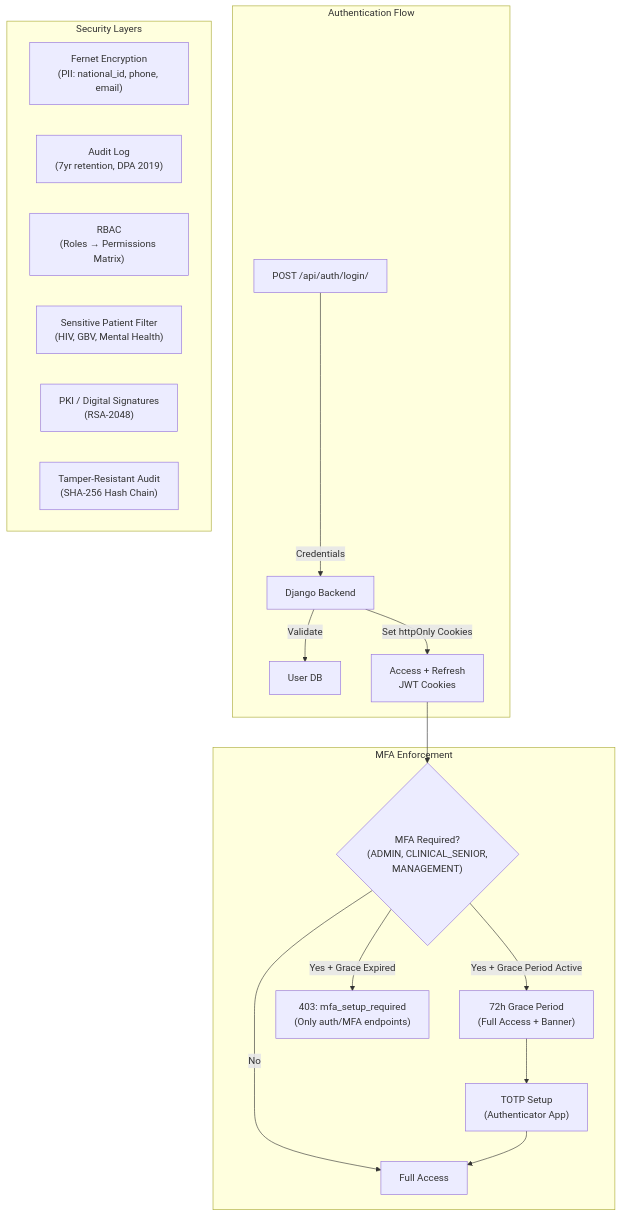
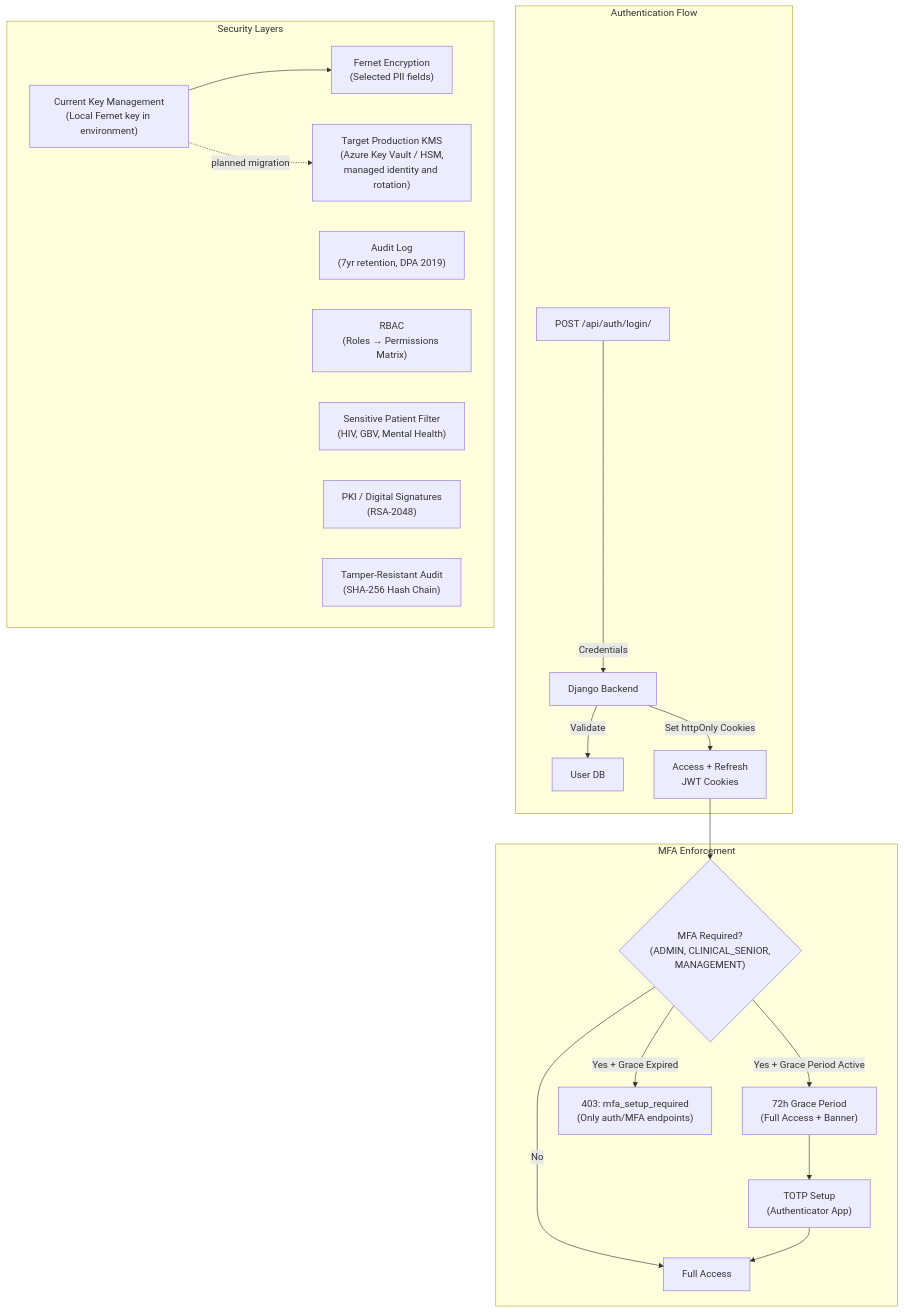
One commit to nexora-africa-ltd/vitora changed the sixth of 15 diagrams in docs/architecture-diagrams.md. Above: the diagram before and after it, drawn with Mermaid. The commit also changed other lines of this file and 6 other files, not shown here.

````diff
--- a/docs/architecture-diagrams.md
+++ b/docs/architecture-diagrams.md
@@ -269,29 +270,33 @@
 ```mermaid
 graph TB
     subgraph Auth["Authentication Flow"]
         LOGIN["POST /api/auth/login/"]
         LOGIN -->|"Credentials"| BACKEND["Django Backend"]
         BACKEND -->|"Validate"| DB["User DB"]
         BACKEND -->|"Set httpOnly Cookies"| COOKIES["Access + Refresh<br/>JWT Cookies"]
     end
 
     subgraph MFA["MFA Enforcement"]
         MFA_CHECK{"MFA Required?<br/>(ADMIN, CLINICAL_SENIOR,<br/>MANAGEMENT)"}
         MFA_CHECK -->|"Yes + Grace Period Active"| GRACE["72h Grace Period<br/>(Full Access + Banner)"]
         MFA_CHECK -->|"Yes + Grace Expired"| BLOCK["403: mfa_setup_required<br/>(Only auth/MFA endpoints)"]
         MFA_CHECK -->|"No"| PASS["Full Access"]
         GRACE --> TOTP["TOTP Setup<br/>(Authenticator App)"]
         TOTP --> PASS
     end
 
     subgraph Security["Security Layers"]
-        FERNET["Fernet Encryption<br/>(PII: national_id, phone, email)"]
+        FERNET["Fernet Encryption<br/>(Selected PII fields)"]
+        KMS_CURRENT["Current Key Management<br/>(Local Fernet key in environment)"]
+        KMS_TARGET["Target Production KMS<br/>(Azure Key Vault / HSM,<br/>managed identity and rotation)"]
         AUDIT["Audit Log<br/>(7yr retention, DPA 2019)"]
         RBAC["RBAC<br/>(Roles → Permissions Matrix)"]
         SENSITIVE["Sensitive Patient Filter<br/>(HIV, GBV, Mental Health)"]
         PKI["PKI / Digital Signatures<br/>(RSA-2048)"]
         HASHCHAIN["Tamper-Resistant Audit<br/>(SHA-256 Hash Chain)"]
     end
 
     COOKIES --> MFA_CHECK
+    KMS_CURRENT --> FERNET
+    KMS_CURRENT -. "planned migration" .-> KMS_TARGET
 ```
````
